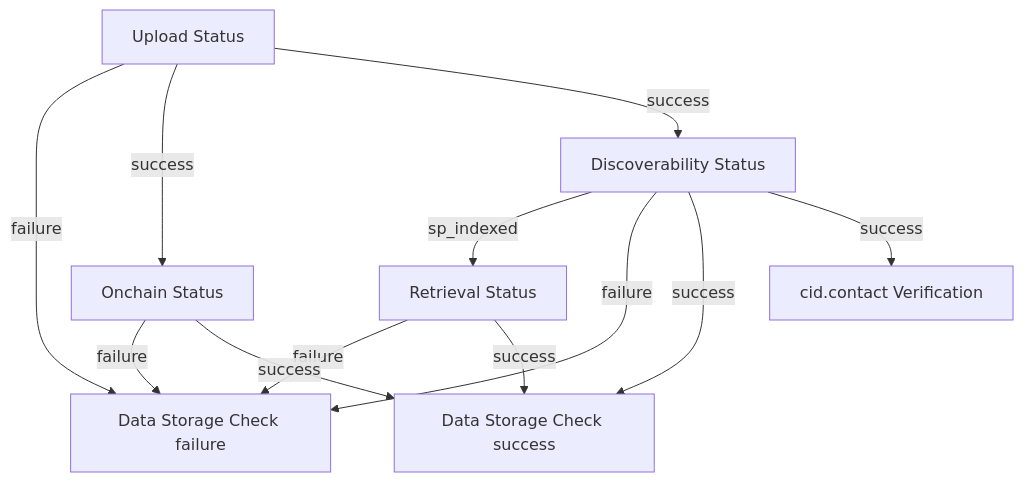
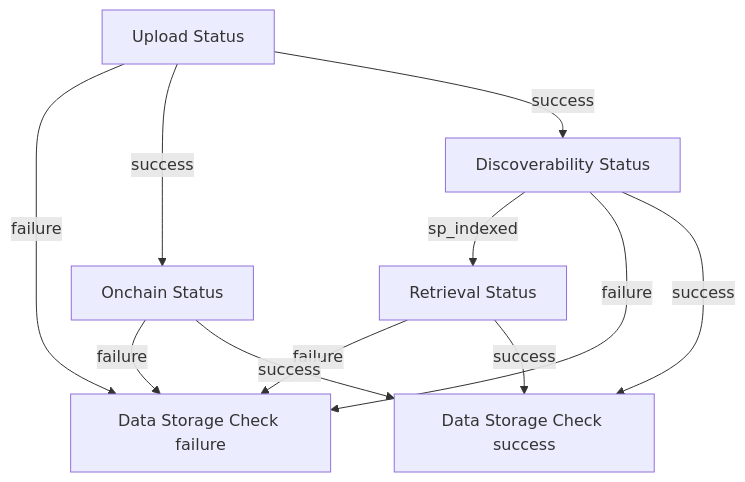
The second of 2 diagrams in docs/checks/data-storage.md (FilOzone/dealbot), drawn with Mermaid before and after one commit. The commit also changed other lines of this file and 20 other files, not shown here.

First line of the commit message:
chore: retarget IPNI verification from advertised to synced, single cid.contact check (#690)

````diff
--- a/docs/checks/data-storage.md
+++ b/docs/checks/data-storage.md
@@ -129,24 +125,22 @@
 ```mermaid
 flowchart TD
   U["Upload Status"]
   O["Onchain Status"]
   D["Discoverability Status"]
-  CV["cid.contact Verification"]
   R["Retrieval Status"]
   OK["Data Storage Check success"]
   FAIL["Data Storage Check failure"]
 
   U -->|failure| FAIL
   U -->|success| O
   U -->|success| D
   D -->|sp_indexed| R
 
   O -->|failure| FAIL
   D -->|failure| FAIL
   R -->|failure| FAIL
 
   O -->|success| OK
   D -->|success| OK
-  D -->|success| CV
   R -->|success| OK
 ```
````
